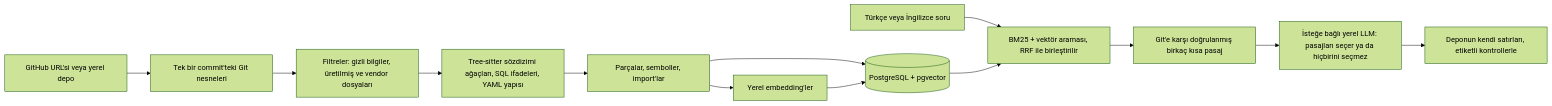
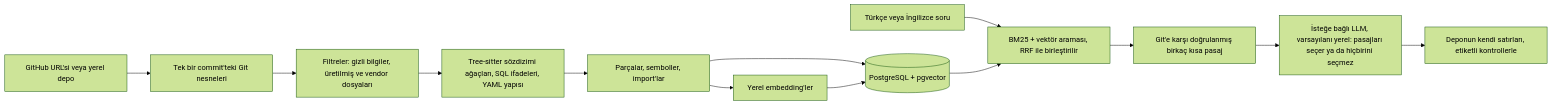
Before and after one commit to melihuur1/repomind-ai: the diagram in README.md, drawn with Mermaid (forest theme). The commit also changed other lines of this file and 1 other file, not shown here.

````diff
--- a/README.md
+++ b/README.md
@@ -52,15 +53,15 @@
 ```mermaid
 flowchart LR
     U["GitHub URL'si veya yerel depo"] --> G["Tek bir commit'teki Git nesneleri"]
     G --> F["Filtreler: gizli bilgiler, üretilmiş ve vendor dosyaları"]
     F --> T["Tree-sitter sözdizimi ağaçları, SQL ifadeleri, YAML yapısı"]
     T --> C["Parçalar, semboller, import'lar"]
     C --> E["Yerel embedding'ler"]
     C --> DB[(PostgreSQL + pgvector)]
     E --> DB
     Q["Türkçe veya İngilizce soru"] --> S["BM25 + vektör araması, RRF ile birleştirilir"]
     DB --> S
     S --> P["Git'e karşı doğrulanmış birkaç kısa pasaj"]
-    P --> M["İsteğe bağlı yerel LLM: pasajları seçer ya da hiçbirini seçmez"]
+    P --> M["İsteğe bağlı LLM, varsayılanı yerel: pasajları seçer ya da hiçbirini seçmez"]
     M --> A["Deponun kendi satırları, etiketli kontrollerle"]
 ```
````
